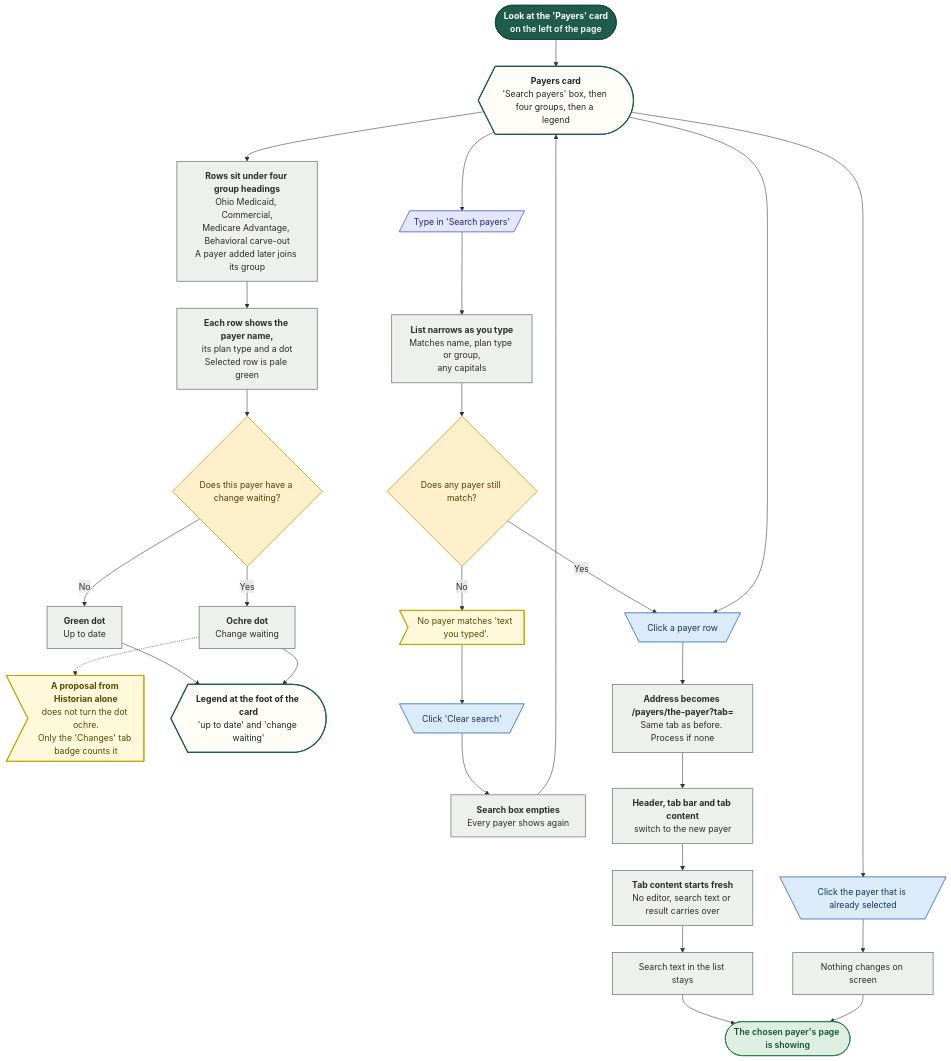
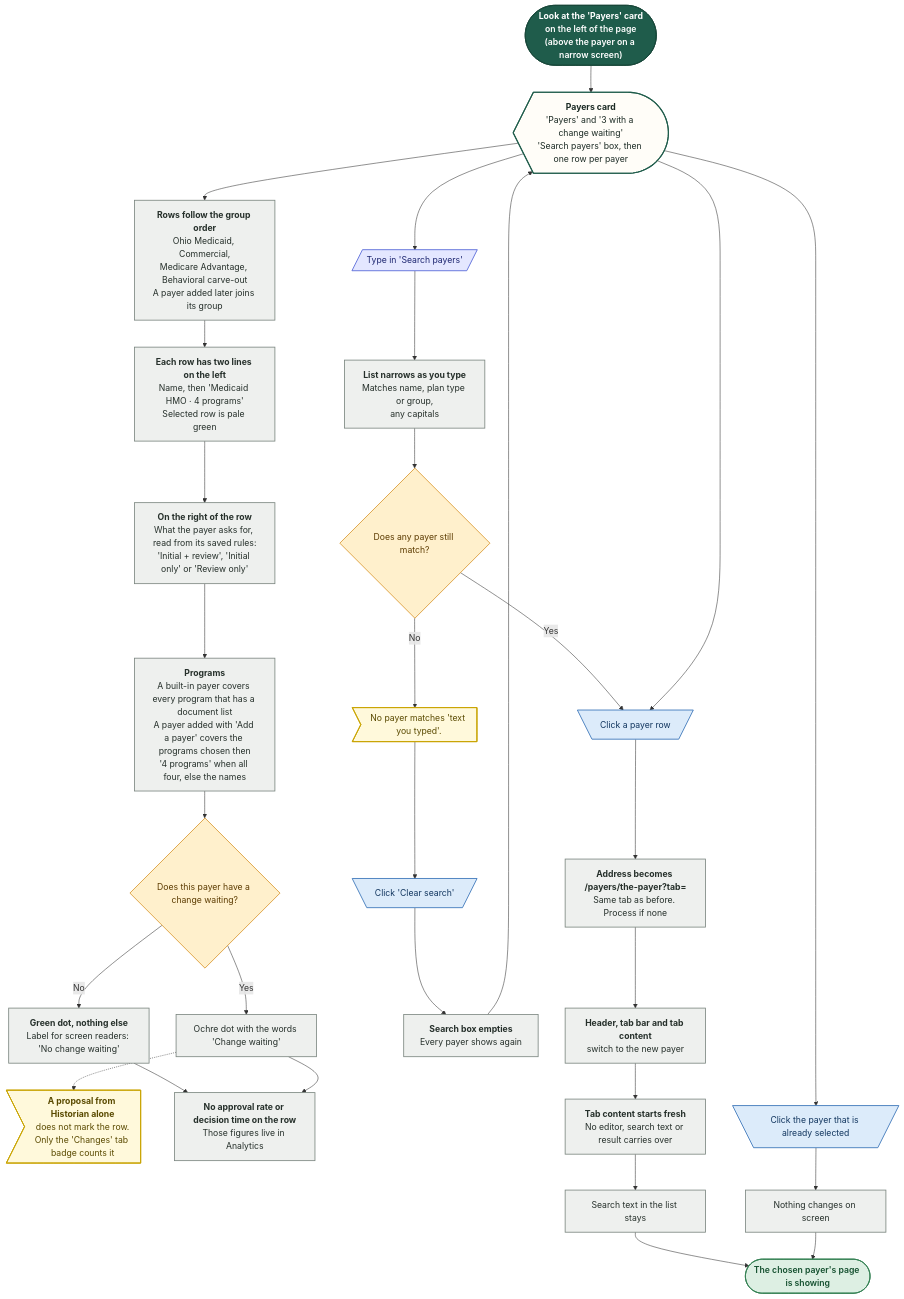
The second of 26 diagrams in demos/prior-auth-demo/workflows/out/md/10-payers.md (Shrav143/psyfloapp), drawn with Mermaid before and after one commit. The commit also changed other lines of this file and 192 other files, not shown here.

First line of the commit message:
docs: changelog by sidebar tab; README, diagrams and Settings layout aligned with the refinement; shared InfoTip; referral cost-share line

````diff
--- a/demos/prior-auth-demo/workflows/out/md/10-payers.md
+++ b/demos/prior-auth-demo/workflows/out/md/10-payers.md
@@ -108,61 +110,63 @@
 ```mermaid
 %%{init: {"theme":"base","themeVariables":{"fontFamily":"'DM Sans', 'Segoe UI', system-ui, sans-serif","fontSize":"15px","lineColor":"#5B6B63","primaryTextColor":"#1C2B25","clusterBkg":"#FBF8F3","clusterBorder":"#D9CDBB","edgeLabelBackground":"#FFFFFF"},"flowchart":{"curve":"basis","nodeSpacing":36,"rankSpacing":48,"padding":12,"htmlLabels":true,"useMaxWidth":false,"wrappingWidth":230}} }%%
 flowchart TD
   classDef k_start fill:#1F5C4B,stroke:#174638,color:#FFFFFF,stroke-width:1.5px,font-weight:600
   classDef k_end fill:#DDEFE3,stroke:#2E7D4F,color:#14502F,stroke-width:1.5px,font-weight:600
   classDef k_endx fill:#FBE3E0,stroke:#C0392B,color:#7A1F16,stroke-width:1.5px,font-weight:600
   classDef k_screen fill:#FFFDF8,stroke:#1F5C4B,color:#1C2B25,stroke-width:2px
   classDef k_overlay fill:#F1F7F3,stroke:#1F5C4B,color:#1C2B25,stroke-width:2px,stroke-dasharray:5 3
   classDef k_click fill:#DCEBFA,stroke:#2F6DB5,color:#12365F,stroke-width:1.5px
   classDef k_input fill:#E4E7FF,stroke:#4C5FD5,color:#1D2670,stroke-width:1.5px
   classDef k_process fill:#EEF0EE,stroke:#7A857F,color:#26302B,stroke-width:1.5px
   classDef k_agent fill:#EEE5FA,stroke:#7A4FC2,color:#341A63,stroke-width:1.5px
   classDef k_decision fill:#FFF0CC,stroke:#D9962B,color:#5C3B00,stroke-width:1.5px
   classDef k_store fill:#D5F0EA,stroke:#1C8E7B,color:#0B4A3F,stroke-width:1.5px
   classDef k_doc fill:#F6E9DC,stroke:#B07A4C,color:#4A2E14,stroke-width:1.5px
   classDef k_ext fill:#FFE6D2,stroke:#E07B39,color:#6B2F06,stroke-width:1.5px
   classDef k_wait fill:#E4E8EE,stroke:#6B7C93,color:#26303D,stroke-width:1.5px
   classDef k_toast fill:#FFF9DB,stroke:#C9A400,color:#5A4A00,stroke-width:1.5px
   classDef k_goto fill:#FFFFFF,stroke:#1F5C4B,color:#1F5C4B,stroke-width:1.5px,stroke-dasharray:5 3
-  s1@{ shape: stadium, label: "<b>Look at the 'Payers' card</b><br/>on the left of the page" }
-  list@{ shape: curv-trap, label: "<b>Payers card</b><br/>'Search payers' box, then four groups, then a legend" }
-  grp@{ shape: rect, label: "<b>Rows sit under four group headings</b><br/>Ohio Medicaid, Commercial,<br/>Medicare Advantage, Behavioral carve-out<br/>A payer added later joins its group" }
-  row@{ shape: rect, label: "<b>Each row shows the payer name,</b><br/>its plan type and a dot<br/>Selected row is pale green" }
+  s1@{ shape: stadium, label: "<b>Look at the 'Payers' card</b><br/>on the left of the page<br/>(above the payer on a narrow screen)" }
+  list@{ shape: curv-trap, label: "<b>Payers card</b><br/>'Payers' and '3 with a change waiting'<br/>'Search payers' box, then one row per payer" }
+  grp@{ shape: rect, label: "<b>Rows follow the group order</b><br/>Ohio Medicaid, Commercial,<br/>Medicare Advantage, Behavioral carve-out<br/>A payer added later joins its group" }
+  row@{ shape: rect, label: "<b>Each row has two lines on the left</b><br/>Name, then 'Medicaid HMO · 4 programs'<br/>Selected row is pale green" }
+  cue@{ shape: rect, label: "<b>On the right of the row</b><br/>What the payer asks for, read from its saved rules:<br/>'Initial + review', 'Initial only' or 'Review only'" }
+  prog@{ shape: rect, label: "<b>Programs</b><br/>A built-in payer covers every program that has a document list<br/>A payer added with 'Add a payer' covers the programs chosen then<br/>'4 programs' when all four, else the names" }
   dot@{ shape: diam, label: "Does this payer have a change waiting?" }
-  green@{ shape: rect, label: "<b>Green dot</b><br/>Up to date" }
-  ochre@{ shape: rect, label: "<b>Ochre dot</b><br/>Change waiting" }
-  tnote@{ shape: odd, label: "<b>A proposal from Historian alone</b><br/>does not turn the dot ochre.<br/>Only the 'Changes' tab badge counts it" }
-  leg@{ shape: curv-trap, label: "<b>Legend at the foot of the card</b><br/>'up to date' and 'change waiting'" }
+  green@{ shape: rect, label: "<b>Green dot, nothing else</b><br/>Label for screen readers: 'No change waiting'" }
+  ochre@{ shape: rect, label: "Ochre dot with the words 'Change waiting'" }
+  tnote@{ shape: odd, label: "<b>A proposal from Historian alone</b><br/>does not mark the row.<br/>Only the 'Changes' tab badge counts it" }
+  nomet@{ shape: rect, label: "<b>No approval rate or decision time on the row</b><br/>Those figures live in Analytics" }
   i1@{ shape: lean-r, label: "Type in 'Search payers'" }
   filt@{ shape: rect, label: "<b>List narrows as you type</b><br/>Matches name, plan type or group,<br/>any capitals" }
   any@{ shape: diam, label: "Does any payer still match?" }
   empty@{ shape: odd, label: "No payer matches 'text you typed'." }
   clr@{ shape: trap-t, label: "Click 'Clear search'" }
   clr2@{ shape: rect, label: "<b>Search box empties</b><br/>Every payer shows again" }
   pick@{ shape: trap-t, label: "Click a payer row" }
   nav@{ shape: rect, label: "<b>Address becomes /payers/the-payer?tab=</b><br/>Same tab as before. Process if none" }
   swap@{ shape: rect, label: "<b>Header, tab bar and tab content</b><br/>switch to the new payer" }
   fresh@{ shape: rect, label: "<b>Tab content starts fresh</b><br/>No editor, search text or result carries over" }
   keep@{ shape: rect, label: "Search text in the list stays" }
   same@{ shape: trap-t, label: "Click the payer that is already selected" }
   nochg@{ shape: rect, label: "Nothing changes on screen" }
   e1@{ shape: stadium, label: "The chosen payer's page is showing" }
-  s1 --> list --> grp --> row --> dot
-  dot -->|"No"| green --> leg
-  dot -->|"Yes"| ochre --> leg
+  s1 --> list --> grp --> row --> cue --> prog --> dot
+  dot -->|"No"| green --> nomet
+  dot -->|"Yes"| ochre --> nomet
   ochre -.-> tnote
   list --> i1 --> filt --> any
   any -->|"No"| empty --> clr --> clr2 --> list
   any -->|"Yes"| pick
   list --> pick
   pick --> nav --> swap --> fresh --> keep --> e1
   list --> same --> nochg --> e1
   class s1 k_start
-  class list,leg k_screen
-  class grp,row,green,ochre,filt,clr2,nav,swap,fresh,keep,nochg k_process
+  class list k_screen
+  class grp,row,cue,prog,green,ochre,nomet,filt,clr2,nav,swap,fresh,keep,nochg k_process
   class dot,any k_decision
   class tnote,empty k_toast
   class i1 k_input
   class clr,pick,same k_click
   class e1 k_end
 ```
````
